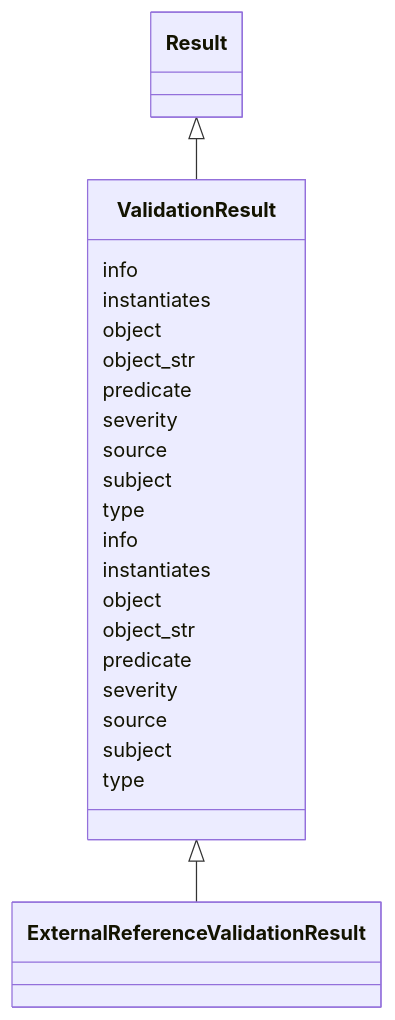
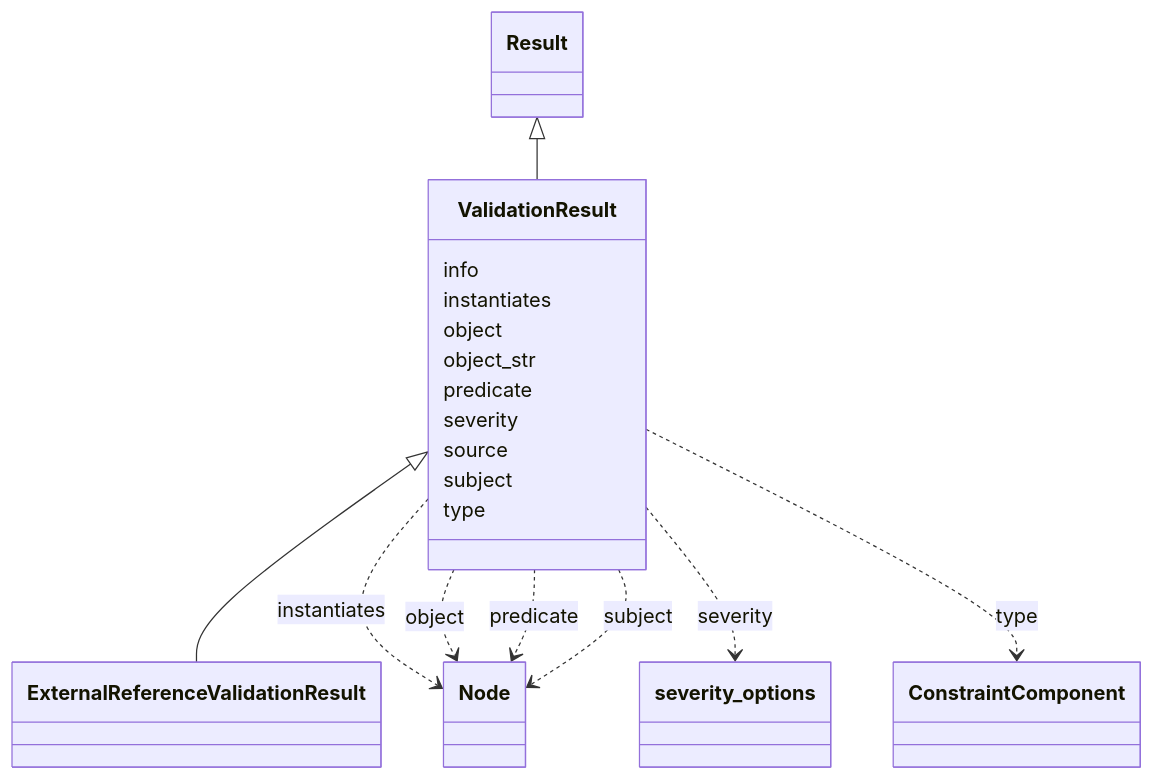
The diagram in validation/ValidationResult.md (INCATools/ontology-access-kit), drawn with Mermaid before and after one commit. The commit also changed other lines of this file and 1783 other files, not shown here.

````diff
--- a/validation/ValidationResult.md
+++ b/validation/ValidationResult.md
@@ -11,29 +11,41 @@
 ```{mermaid}
  classDiagram
     class ValidationResult
       Result <|-- ValidationResult
       
-      ValidationResult : info
-      ValidationResult : instantiates
-      ValidationResult : object
-      ValidationResult : object_str
-      ValidationResult : predicate
-      ValidationResult : severity
-      ValidationResult : source
-      ValidationResult : subject
-      ValidationResult : type
-      
 
       ValidationResult <|-- ExternalReferenceValidationResult
       
+      
       ValidationResult : info
+        
       ValidationResult : instantiates
+        
+          ValidationResult ..> Node : instantiates
+        
       ValidationResult : object
+        
+          ValidationResult ..> Node : object
+        
       ValidationResult : object_str
+        
       ValidationResult : predicate
+        
+          ValidationResult ..> Node : predicate
+        
       ValidationResult : severity
+        
+          ValidationResult ..> severity_options : severity
+        
       ValidationResult : source
+        
       ValidationResult : subject
+        
+          ValidationResult ..> Node : subject
+        
       ValidationResult : type
+        
+          ValidationResult ..> ConstraintComponent : type
+        
       
 ```
````
